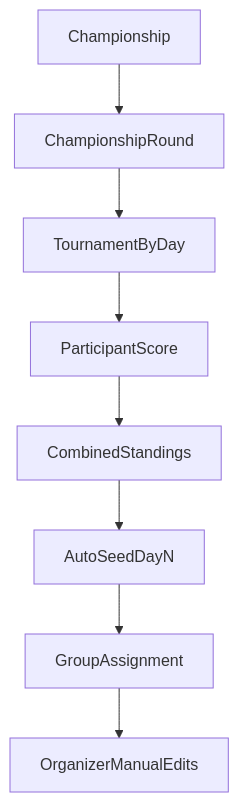
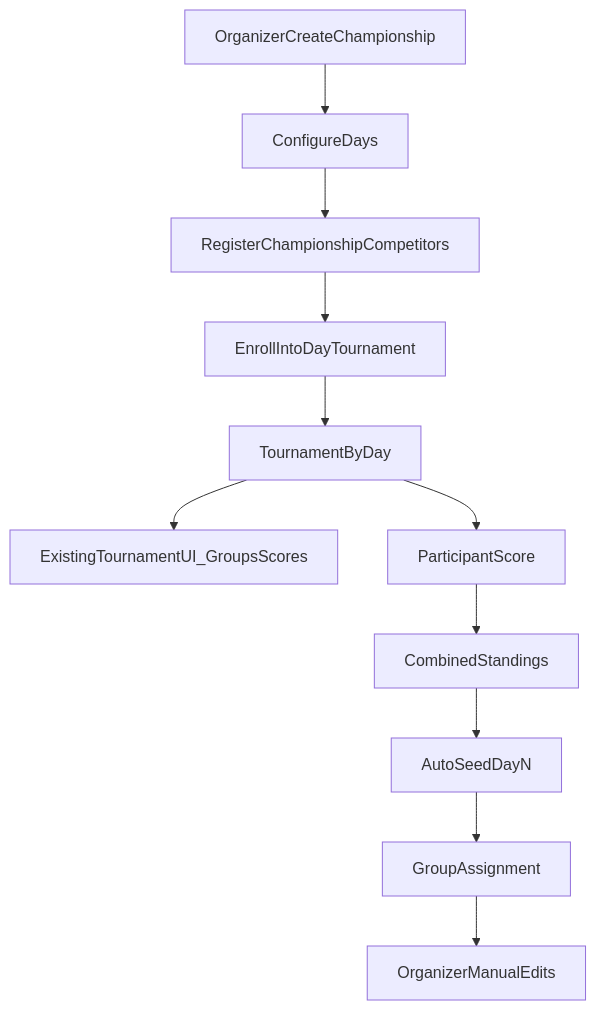
The diagram in docs/architecture/ADR-0001-championships-multi-day.md (piotrberlowski/arc-comp), drawn with Mermaid before and after one commit. The commit also changed other lines of this file and 18 other files, not shown here.

First line of the commit message:
feat(championships): add M4 browse shell and championship organizer gate

````diff
--- a/docs/architecture/ADR-0001-championships-multi-day.md
+++ b/docs/architecture/ADR-0001-championships-multi-day.md
@@ -137,10 +268,13 @@
 ```mermaid
 flowchart TD
-  championship[Championship] --> championshipRound[ChampionshipRound]
-  championshipRound --> dayTournament[TournamentByDay]
+  create[OrganizerCreateChampionship] --> days[ConfigureDays]
+  days --> roster[RegisterChampionshipCompetitors]
+  roster --> enroll[EnrollIntoDayTournament]
+  enroll --> dayTournament[TournamentByDay]
+  dayTournament --> tournamentUI[ExistingTournamentUI_GroupsScores]
   dayTournament --> dayScores[ParticipantScore]
   dayScores --> combinedStandings[CombinedStandings]
   combinedStandings --> seedDayN[AutoSeedDayN]
   seedDayN --> dayGroups[GroupAssignment]
   dayGroups --> manualEdits[OrganizerManualEdits]
 ```
````
